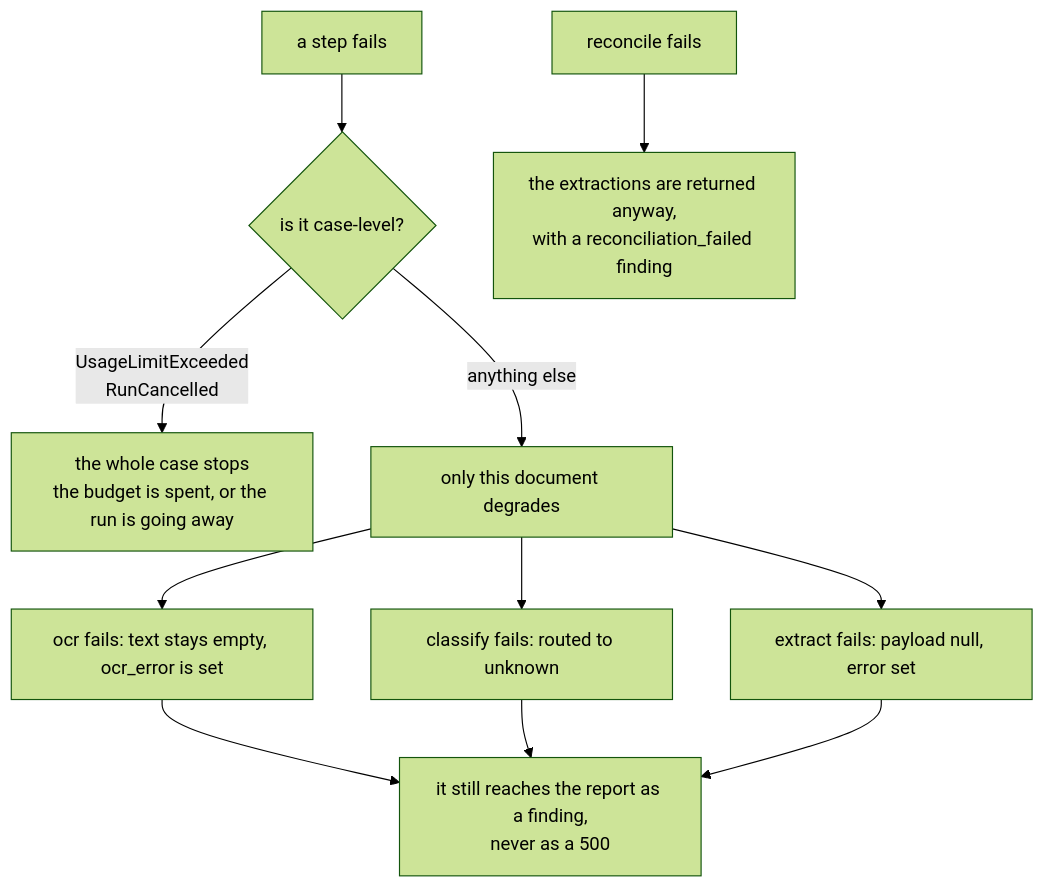
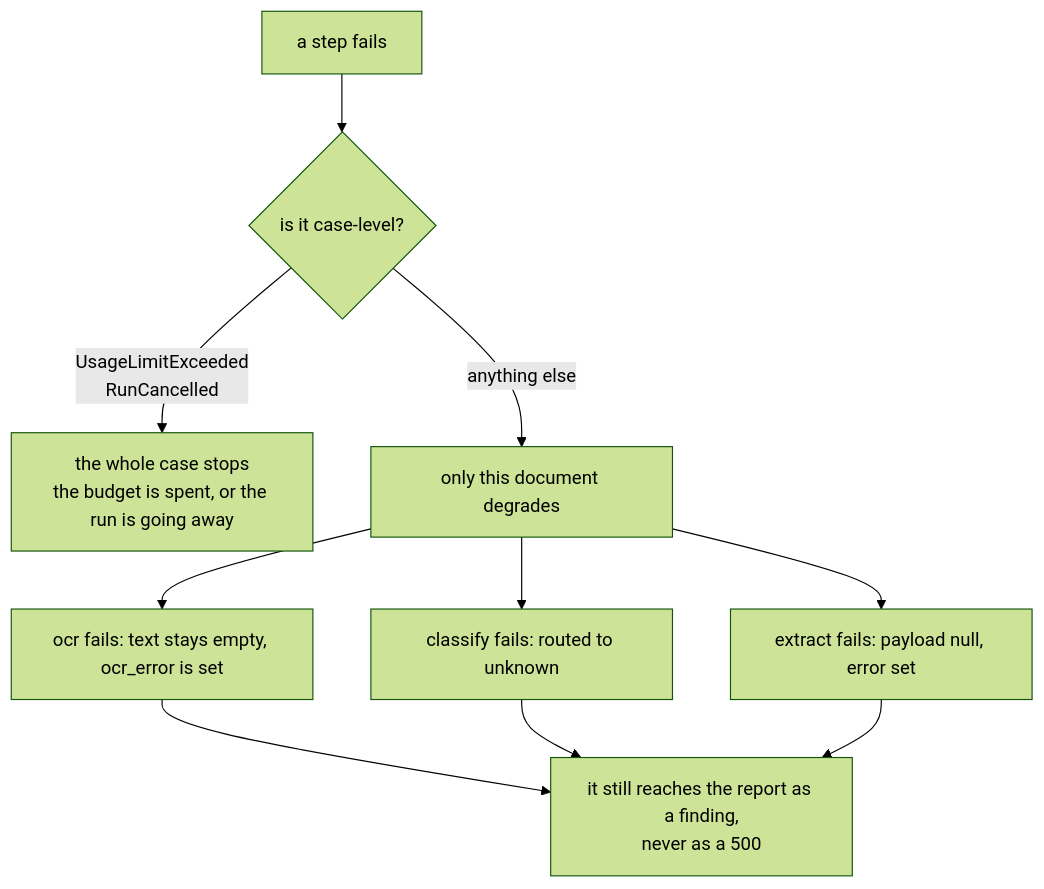
Before and after one commit to selvakumarperumal/Trade_Finance_Doc_Mismatch_Detector: the third of 6 diagrams in backend/Detector/services/README.md, drawn with Mermaid (forest theme). The commit also changed other lines of this file and 5 other files, not shown here.

Commit message:
docs: enrich ARCHITECTURE.md and subpackage READMEs with diagrams and technical deep dives

````diff
--- a/backend/Detector/services/README.md
+++ b/backend/Detector/services/README.md
@@ -114,11 +251,10 @@
 ```mermaid
 flowchart TD
     S["a step fails"] --> Q{"is it case-level?"}
     Q -->|"UsageLimitExceeded<br/>RunCancelled"| CASE["the whole case stops<br/>the budget is spent, or the run is going away"]
     Q -->|anything else| DOC["only this document degrades"]
     DOC --> O1["ocr fails: text stays empty, ocr_error is set"]
     DOC --> O2["classify fails: routed to unknown"]
     DOC --> O3["extract fails: payload null, error set"]
     O1 & O2 & O3 --> F["it still reaches the report as a finding,<br/>never as a 500"]
-    REC["reconcile fails"] --> KEEP["the extractions are returned anyway,<br/>with a reconciliation_failed finding"]
 ```
````
